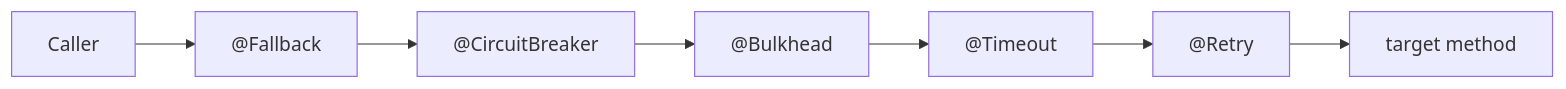
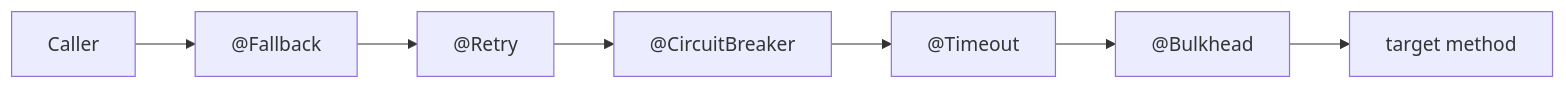
The first of 2 diagrams in docs/en/modules/ROOT/pages/concepts.adoc (vidocq-stack/heisenberg), drawn with Mermaid before and after one commit. The commit also changed other lines of this file and 7 other files, not shown here.

```diff
--- a/docs/en/modules/ROOT/pages/concepts.adoc
+++ b/docs/en/modules/ROOT/pages/concepts.adoc
@@ -44,18 +44,18 @@
 [mermaid]
 ....
 flowchart LR
   Caller["Caller"]
   Fb["@Fallback"]
+  Rt["@Retry"]
   Cb["@CircuitBreaker"]
+  To["@Timeout"]
   Bh["@Bulkhead"]
-  To["@Timeout"]
-  Rt["@Retry"]
   Method["target method"]
 
   Caller --> Fb
-  Fb --> Cb
-  Cb --> Bh
-  Bh --> To
-  To --> Rt
-  Rt --> Method
+  Fb --> Rt
+  Rt --> Cb
+  Cb --> To
+  To --> Bh
+  Bh --> Method
 ....
```
